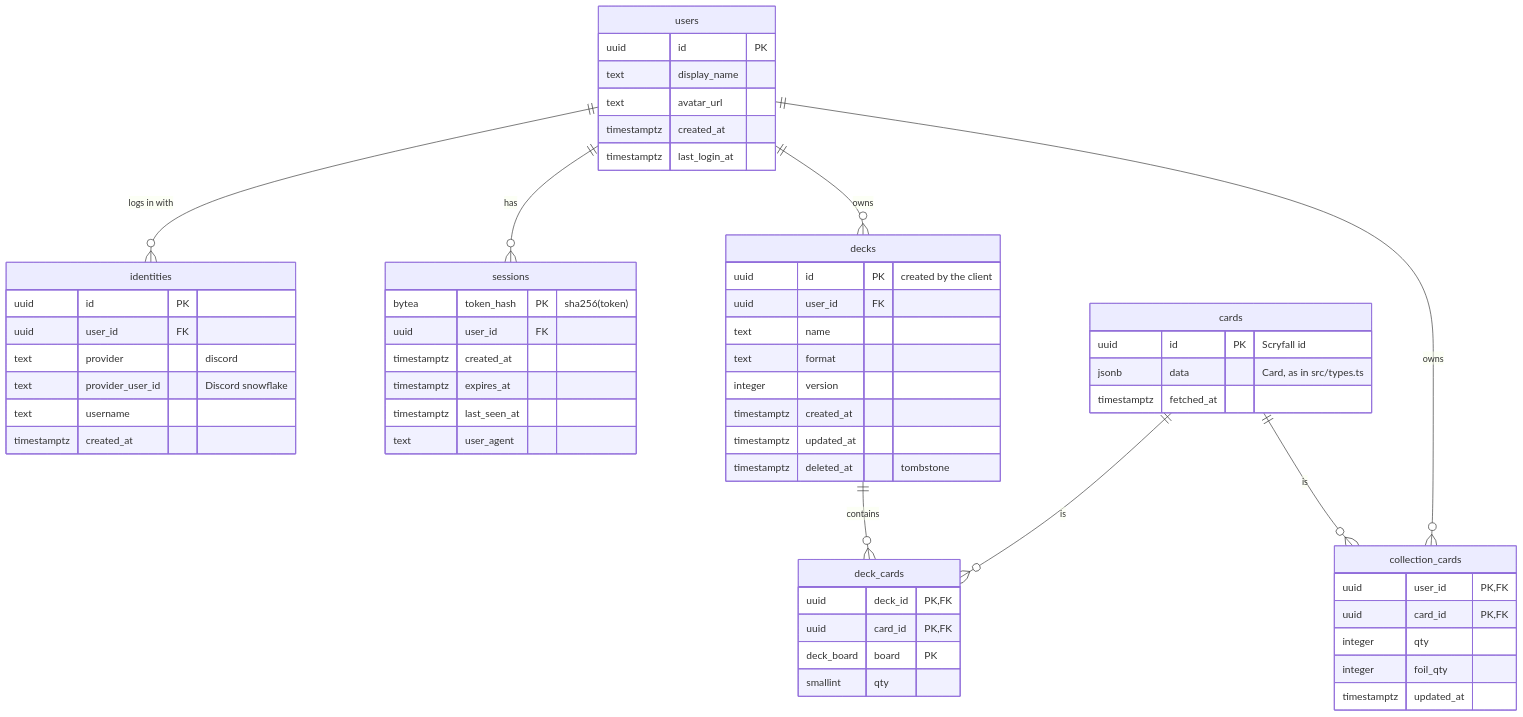
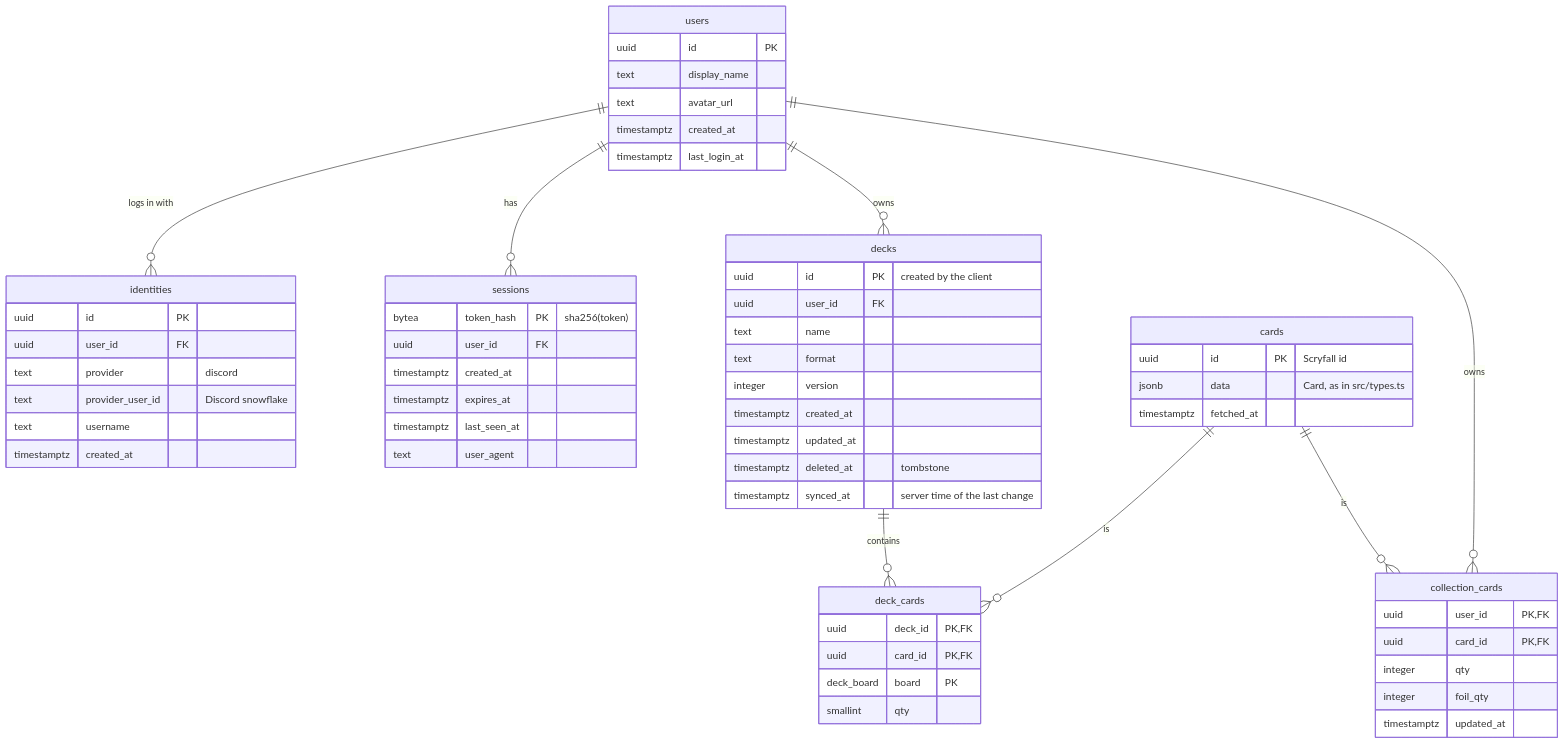
The first of 2 diagrams in docs/accounts.md (svandecappelle/magic-trainer), drawn with Mermaid before and after one commit. The commit also changed other lines of this file and 7 other files, not shown here.

````diff
--- a/docs/accounts.md
+++ b/docs/accounts.md
@@ -27,62 +28,63 @@
 ```mermaid
 erDiagram
     users ||--o{ identities : "logs in with"
     users ||--o{ sessions : "has"
     users ||--o{ decks : "owns"
     users ||--o{ collection_cards : "owns"
     decks ||--o{ deck_cards : "contains"
     cards ||--o{ deck_cards : "is"
     cards ||--o{ collection_cards : "is"
 
     users {
         uuid id PK
         text display_name
         text avatar_url
         timestamptz created_at
         timestamptz last_login_at
     }
     identities {
         uuid id PK
         uuid user_id FK
         text provider "discord"
         text provider_user_id "Discord snowflake"
         text username
         timestamptz created_at
     }
     sessions {
         bytea token_hash PK "sha256(token)"
         uuid user_id FK
         timestamptz created_at
         timestamptz expires_at
         timestamptz last_seen_at
         text user_agent
     }
     cards {
         uuid id PK "Scryfall id"
         jsonb data "Card, as in src/types.ts"
         timestamptz fetched_at
     }
     decks {
         uuid id PK "created by the client"
         uuid user_id FK
         text name
         text format
         integer version
         timestamptz created_at
         timestamptz updated_at
         timestamptz deleted_at "tombstone"
+        timestamptz synced_at "server time of the last change"
     }
     deck_cards {
         uuid deck_id PK,FK
         uuid card_id PK,FK
         deck_board board PK
         smallint qty
     }
     collection_cards {
         uuid user_id PK,FK
         uuid card_id PK,FK
         integer qty
         integer foil_qty
         timestamptz updated_at
     }
 ```
````
